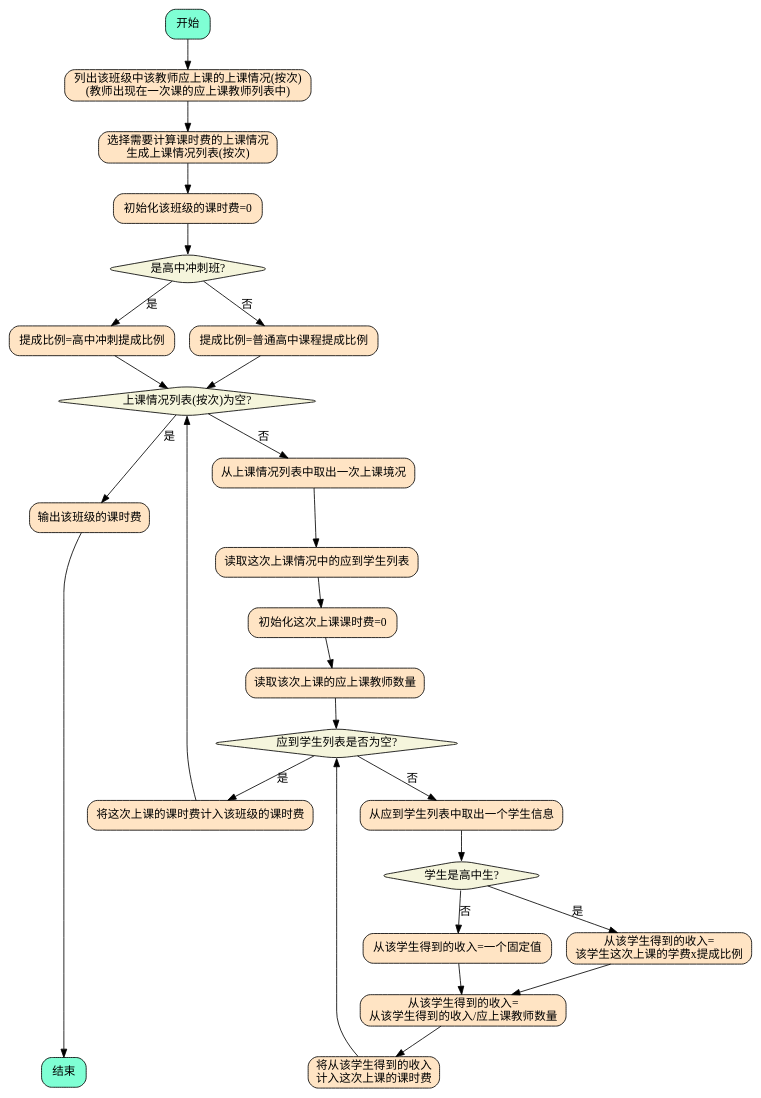
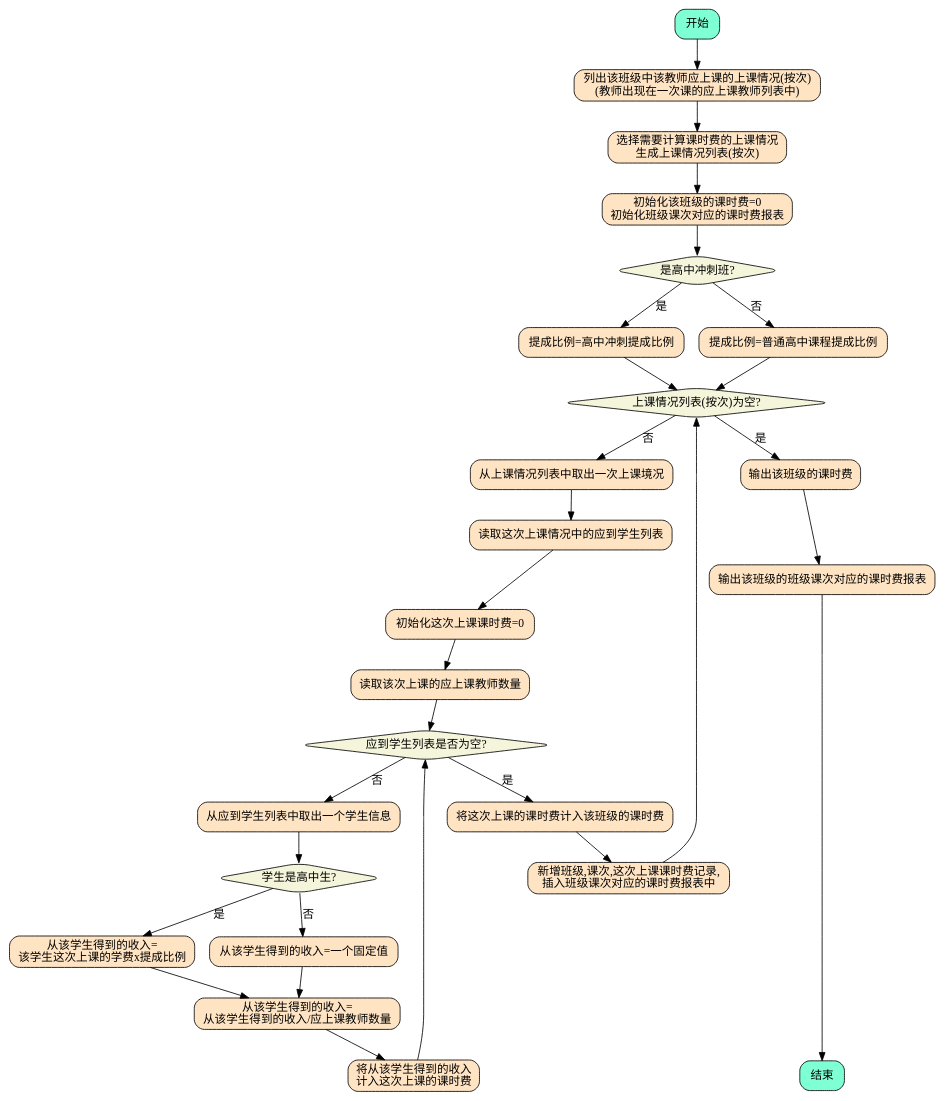
One commit to diandian888/mx-requirements changed the diagram in management-system/hr/pay/pay-for-class/svg/01.dot. Above: the diagram before and after it, drawn with Graphviz. The commit also changed 1 other file, not shown here.

```diff
--- a/management-system/hr/pay/pay-for-class/svg/01.dot
+++ b/management-system/hr/pay/pay-for-class/svg/01.dot
@@ -1,53 +1,55 @@
 digraph {
     node [shape="box", style="rounded,filled", fillcolor="aquamarine"]
         start[label="开始"];
         end[label="结束"];
 
     node [shape="box", style="rounded,filled", fillcolor="bisque"]
         s1[label="列出该班级中该教师应上课的上课情况(按次)\n(教师出现在一次课的应上课教师列表中)"];
         s2[label="选择需要计算课时费的上课情况\n生成上课情况列表(按次)"];
-        s3[label="初始化该班级的课时费=0"];
+        s3[label="初始化该班级的课时费=0\n初始化班级课次对应的课时费报表"];
         s_c1_y1[label="提成比例=高中冲刺提成比例"];
         s_c1_n1[label="提成比例=普通高中课程提成比例"];
         s_c2_y1[label="输出该班级的课时费"];
+        s_c2_y2[label="输出该班级的班级课次对应的课时费报表"];
         s_c2_n1[label="从上课情况列表中取出一次上课境况"];
         s_c2_n2[label="读取这次上课情况中的应到学生列表"];
         s_c2_n3[label="初始化这次上课课时费=0"];
         s_c2_n4[label="读取该次上课的应上课教师数量"];
         s_c3_y1[label="将这次上课的课时费计入该班级的课时费"];
+        s_c3_y2[label="新增班级,课次,这次上课课时费记录,\n插入班级课次对应的课时费报表中"];
         s_c3_n1[label="从应到学生列表中取出一个学生信息"];
         s_c4_y1[label="从该学生得到的收入=\n该学生这次上课的学费x提成比例"];
         s_c4_n1[label="从该学生得到的收入=一个固定值"];
         s_c4_after_1[label="从该学生得到的收入=\n从该学生得到的收入/应上课教师数量"];
         s_c4_after_2[label="将从该学生得到的收入\n计入这次上课的课时费"];
     
     node [shape="diamond", style="rounded,filled", fillcolor="beige"]
         c1[label="是高中冲刺班?"];
         c2[label="上课情况列表(按次)为空?"];
         c3[label="应到学生列表是否为空?"];
         c4[label="学生是高中生?"];
 
     start -> s1 -> s2 -> s3 -> c1;
     c1 -> s_c1_y1[label="是"];
     c1 -> s_c1_n1[label="否"];
     s_c1_y1 -> c2;
     s_c1_n1 -> c2;
 
     c2 -> s_c2_y1[label="是"];
     c2 -> s_c2_n1[label="否"];
-    s_c2_y1 -> end;
+    s_c2_y1 -> s_c2_y2 -> end;
 
     s_c2_n1 -> s_c2_n2 -> s_c2_n3 -> s_c2_n4 -> c3;
     c3 -> s_c3_y1[label="是"];
     c3 -> s_c3_n1[label="否"];
   
-    s_c3_y1 -> c2;
+    s_c3_y1 -> s_c3_y2 -> c2;
     s_c3_n1 -> c4;
     c4 -> s_c4_y1[label="是"];
     c4 -> s_c4_n1[label="否"];
     s_c4_y1 -> s_c4_after_1;
     s_c4_n1 -> s_c4_after_1;
     s_c4_after_1 -> s_c4_after_2 -> c3;
 
     {rank=max end}
 }
```
